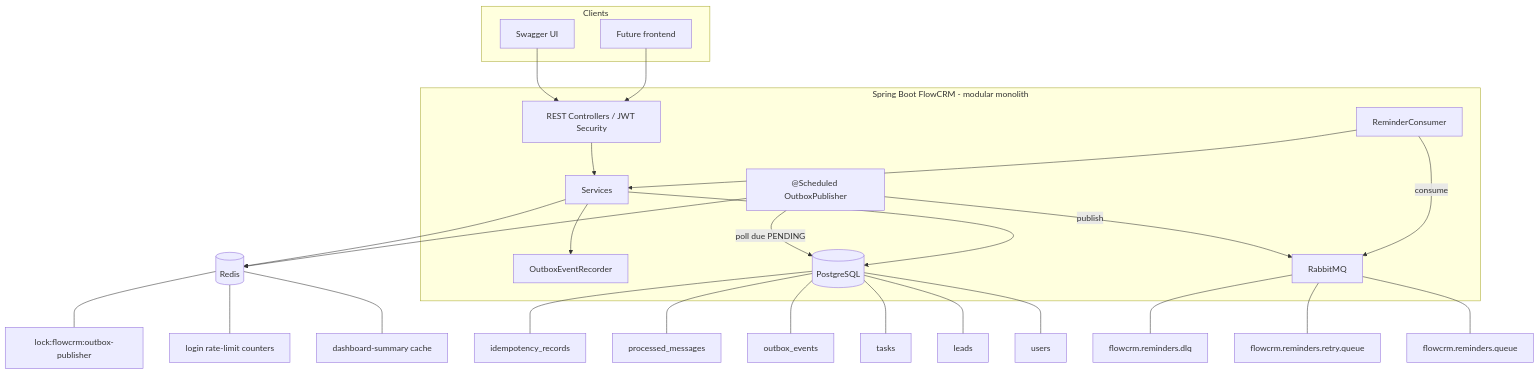
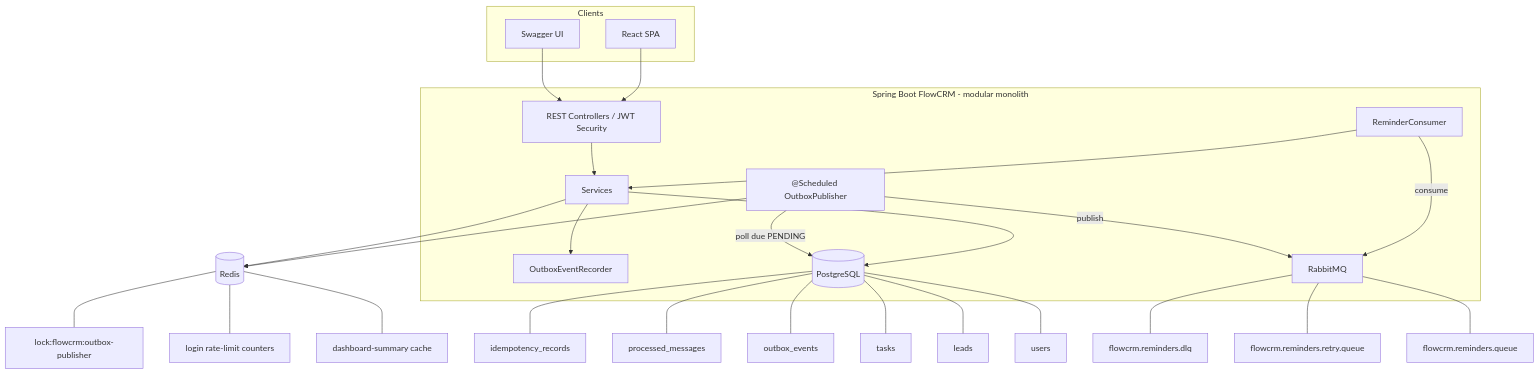
The diagram in README.md (VIIthaG/codingshuttle-hackathon-crm), drawn with Mermaid before and after one commit. The commit also changed other lines of this file and 20 other files, not shown here.

````diff
--- a/README.md
+++ b/README.md
@@ -53,46 +54,46 @@
 ```mermaid
 flowchart TB
   subgraph clients [Clients]
     SW[Swagger UI]
-    FE[Future frontend]
+    FE[React SPA]
   end
 
   subgraph app [Spring Boot FlowCRM - modular monolith]
     API[REST Controllers / JWT Security]
     SVC[Services]
     OUT[OutboxEventRecorder]
     PUB["@Scheduled OutboxPublisher"]
     CON[ReminderConsumer]
     API --> SVC
     SVC --> OUT
     PUB -->|poll due PENDING| PG[(PostgreSQL)]
     PUB -->|publish| RMQ
     CON -->|consume| RMQ
     CON --> SVC
   end
 
   PG[(PostgreSQL)]
   RD[(Redis)]
   RMQ[RabbitMQ]
 
   SW --> API
   FE --> API
   SVC --> PG
   SVC --> RD
   PUB --> RD
 
   PG --- U[users]
   PG --- L[leads]
   PG --- T[tasks]
   PG --- O[outbox_events]
   PG --- P[processed_messages]
   PG --- I[idempotency_records]
 
   RD --- C[dashboard-summary cache]
   RD --- R[login rate-limit counters]
   RD --- K["lock:flowcrm:outbox-publisher"]
 
   RMQ --- Q1[flowcrm.reminders.queue]
   RMQ --- Q2[flowcrm.reminders.retry.queue]
   RMQ --- Q3[flowcrm.reminders.dlq]
 ```
````
